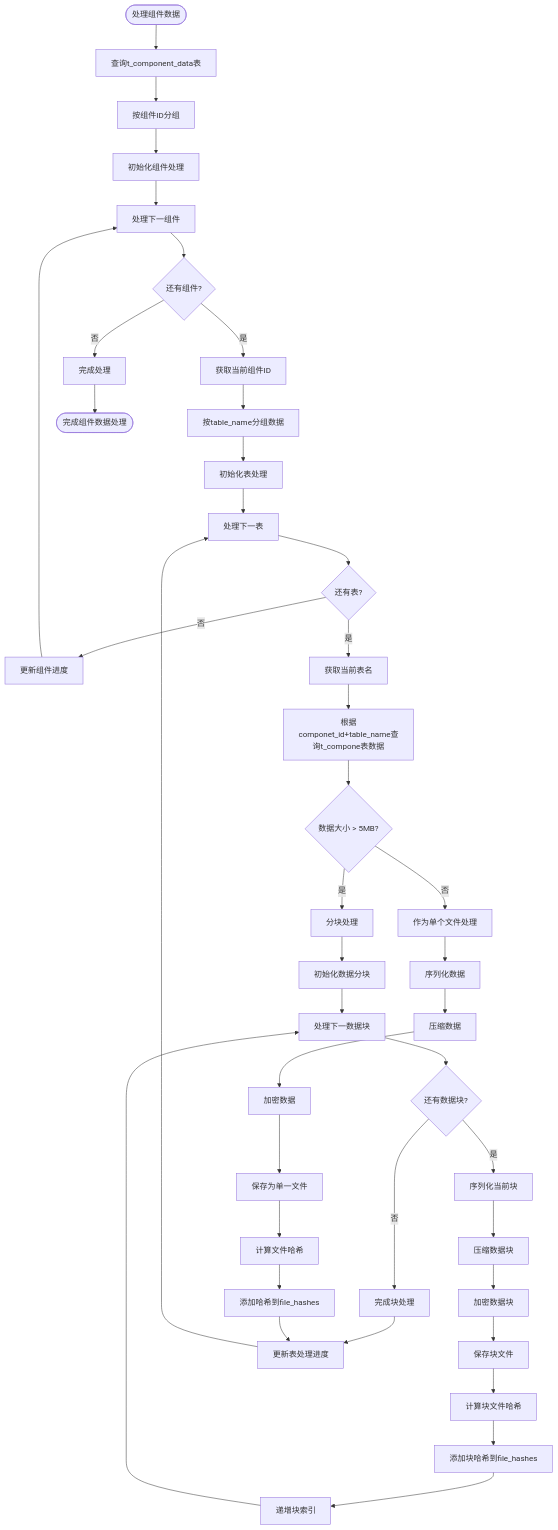
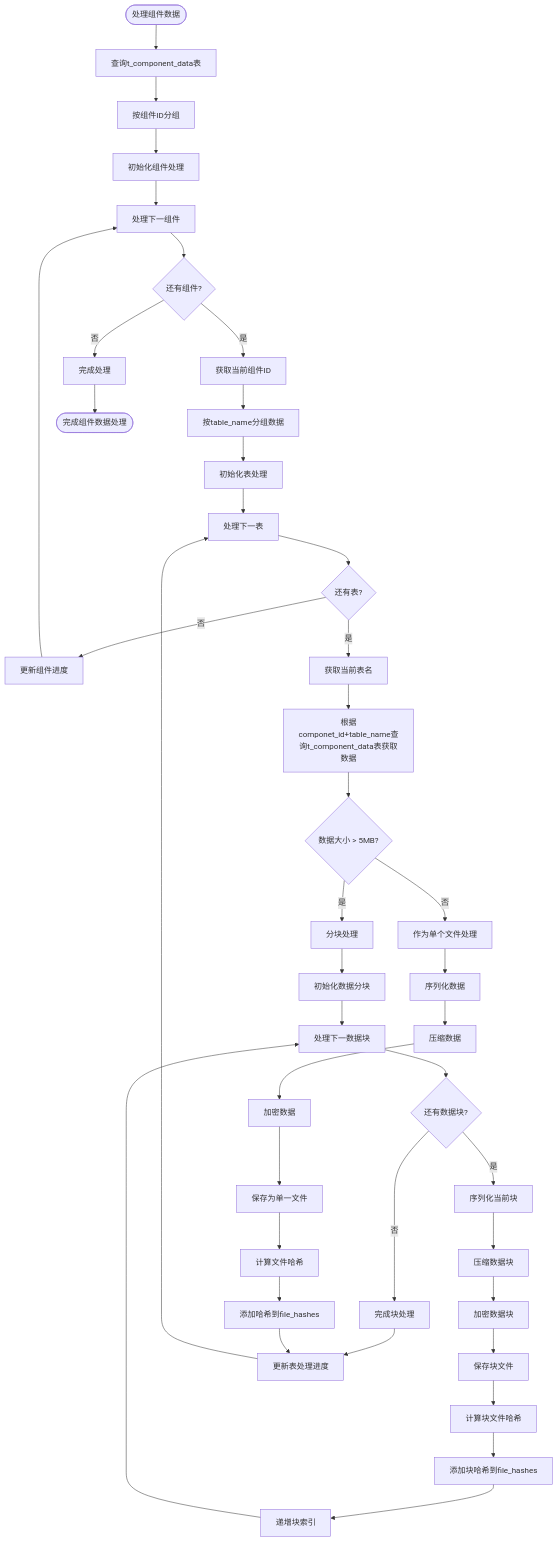
One commit to yingjianzh/iodraw-files changed the diagram in all/未命名-53.md. Above: the diagram before and after it, drawn with Mermaid.

Commit message:
2025-05-09 15:43:41 update

````diff
--- a/all/未命名-53.md
+++ b/all/未命名-53.md
@@ -1,59 +1,59 @@
 ```mermaid
 
 flowchart TD
     Start([处理组件数据]) --> QueryDB[查询t_component_data表]
     QueryDB --> GroupByComp[按组件ID分组]
     GroupByComp --> InitCompProcess[初始化组件处理]
     
     InitCompProcess --> ProcessNextComp[处理下一组件]
     ProcessNextComp --> MoreComps{还有组件?}
     MoreComps -->|否| CompleteProcess[完成处理]
     MoreComps -->|是| GetCompID[获取当前组件ID]
     
     GetCompID --> GroupByTable[按table_name分组数据]
     GroupByTable --> InitTableProcess[初始化表处理]
     
     InitTableProcess --> ProcessNextTable[处理下一表]
     ProcessNextTable --> MoreTables{还有表?}
     MoreTables -->|否| UpdateCompProgress[更新组件进度]
     MoreTables -->|是| GetTableName[获取当前表名]
     
     UpdateCompProgress --> ProcessNextComp
     
-    GetTableName --> QueryTableData[根据componet_id+table_name查询t_compone表数据]
+    GetTableName --> QueryTableData[根据componet_id+table_name查询t_component_data表获取数据]
     QueryTableData --> DataSize{数据大小 > 5MB?}
     
     DataSize -->|否| ProcessSingleFile[作为单个文件处理]
     DataSize -->|是| ProcessMultipleChunks[分块处理]
     
     ProcessSingleFile --> SerializeData[序列化数据]
     SerializeData --> CompressData[压缩数据]
     CompressData --> EncryptData[加密数据]
     EncryptData --> SaveSingleFile[保存为单一文件]
     SaveSingleFile --> CalcFileHash[计算文件哈希]
     CalcFileHash --> AddToFileHashes[添加哈希到file_hashes]
     
 
 
     ProcessMultipleChunks --> InitChunks[初始化数据分块]
     InitChunks --> ProcessNextChunk[处理下一数据块]
     
     ProcessNextChunk --> MoreChunks{还有数据块?}
     MoreChunks -->|否| CompleteChunks[完成块处理]
     MoreChunks -->|是| SerializeChunk[序列化当前块]
     
     SerializeChunk --> CompressChunk[压缩数据块]
     CompressChunk --> EncryptChunk[加密数据块]
     EncryptChunk --> SaveChunkFile[保存块文件]
     SaveChunkFile --> CalcChunkHash[计算块文件哈希]
     CalcChunkHash --> AddChunkHash[添加块哈希到file_hashes]
     AddChunkHash --> IncrementChunkIndex[递增块索引]
     IncrementChunkIndex --> ProcessNextChunk
     
     CompleteChunks --> UpdateTableProgress[更新表处理进度]
     AddToFileHashes --> UpdateTableProgress
     UpdateTableProgress --> ProcessNextTable
     
     CompleteProcess --> End([完成组件数据处理])
 
 ```
````
